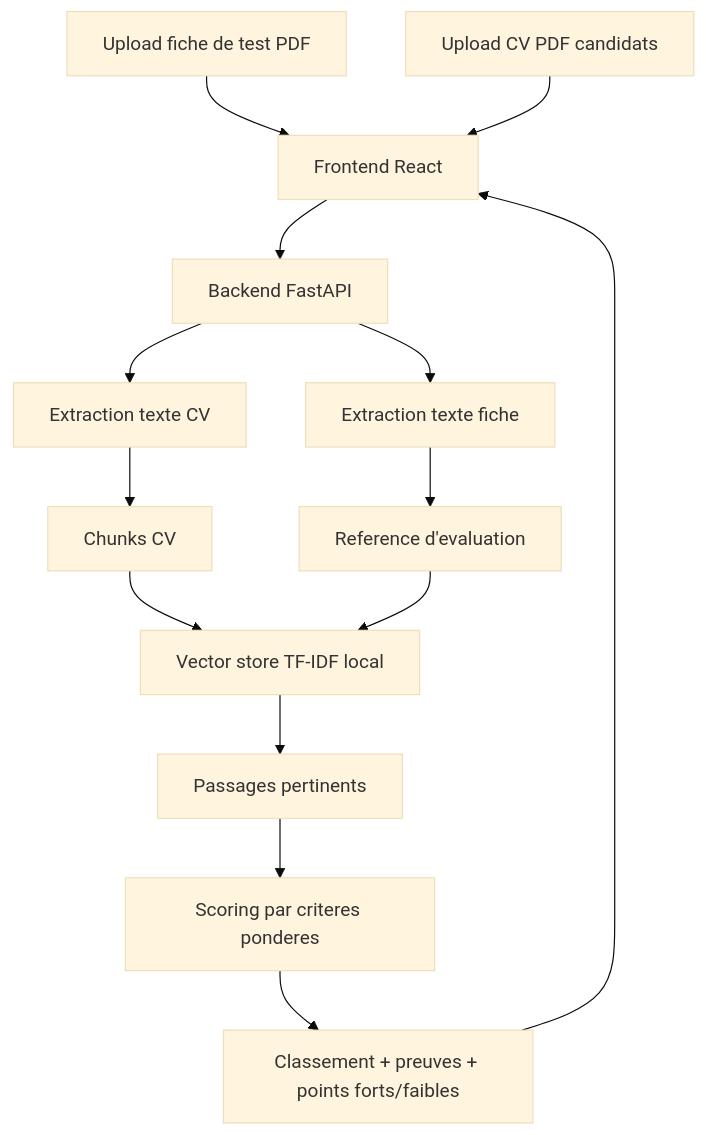
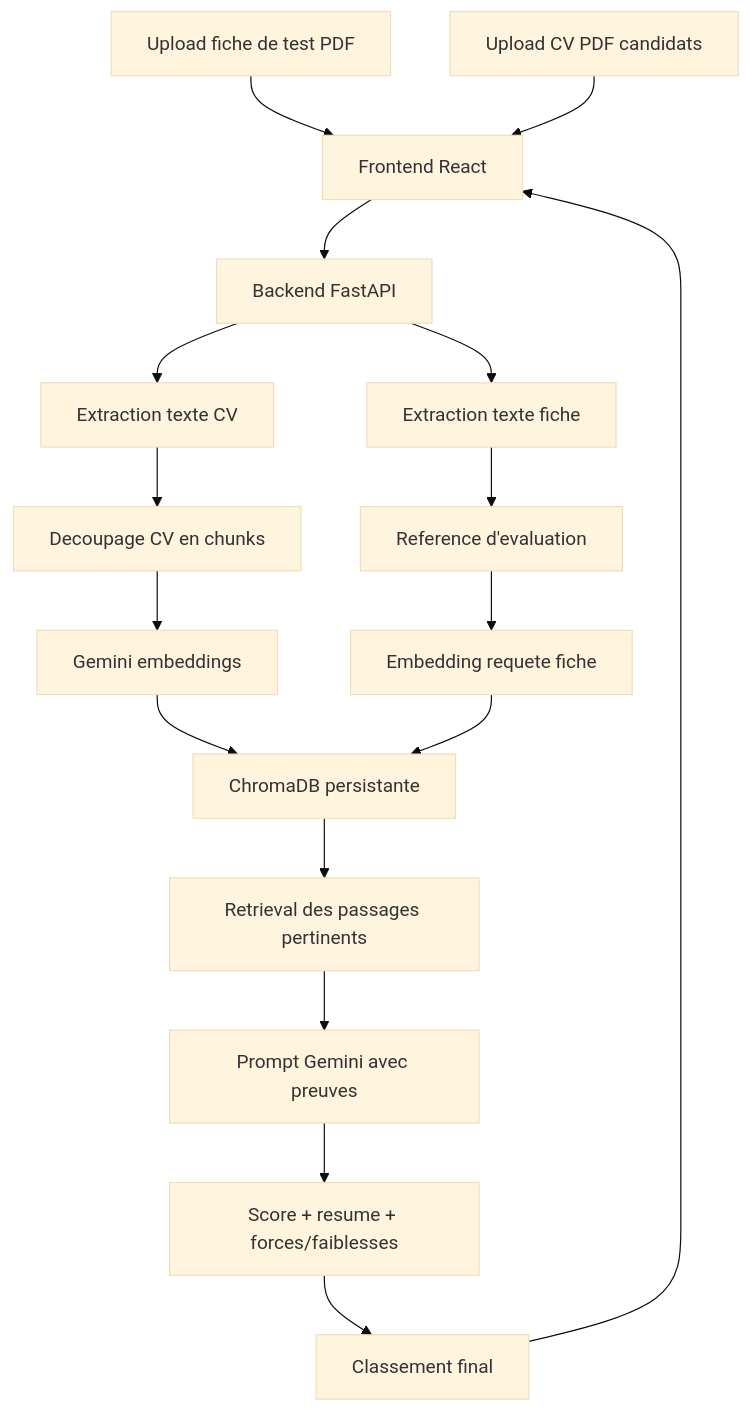
The diagram in docs/architecture.md (hamzasennah/projet-stage-d-observation), drawn with Mermaid (base theme) before and after one commit. The commit also changed other lines of this file and 19 other files, not shown here.

Commit message:
Implement Gemini Chroma RAG pipeline

````diff
--- a/docs/architecture.md
+++ b/docs/architecture.md
@@ -9,16 +9,19 @@
 ```mermaid
 flowchart TD
     A["Upload fiche de test PDF"] --> B["Frontend React"]
     C["Upload CV PDF candidats"] --> B
     B --> D["Backend FastAPI"]
     D --> E["Extraction texte fiche"]
     D --> F["Extraction texte CV"]
     E --> G["Reference d'evaluation"]
-    F --> H["Chunks CV"]
-    H --> I["Vector store TF-IDF local"]
-    G --> I
-    I --> J["Passages pertinents"]
-    J --> K["Scoring par criteres ponderes"]
-    K --> L["Classement + preuves + points forts/faibles"]
-    L --> B
+    F --> H["Decoupage CV en chunks"]
+    H --> I["Gemini embeddings"]
+    I --> J["ChromaDB persistante"]
+    G --> K["Embedding requete fiche"]
+    K --> J
+    J --> L["Retrieval des passages pertinents"]
+    L --> M["Prompt Gemini avec preuves"]
+    M --> N["Score + resume + forces/faiblesses"]
+    N --> O["Classement final"]
+    O --> B
 ```
````
